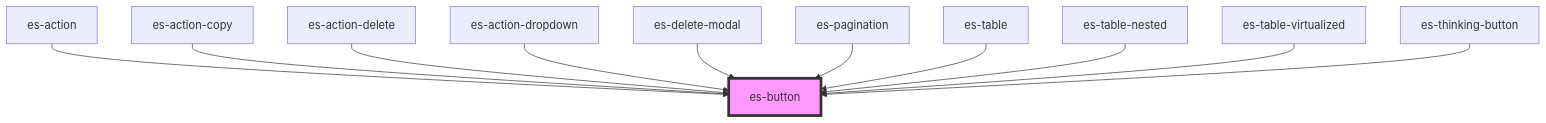
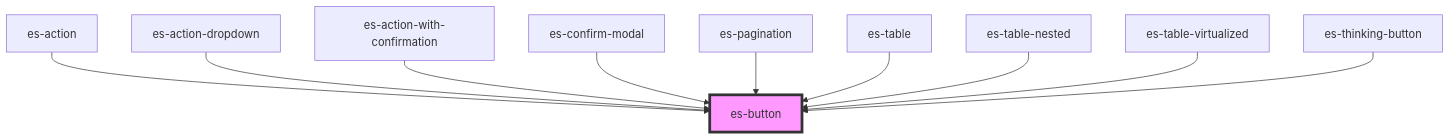
One commit to EventStore/Design-System changed the diagram in packages/components/src/components/buttons/es-button/readme.md. Above: the diagram before and after it, drawn with Mermaid. The commit also changed other lines of this file and 30 other files, not shown here.

Commit message:
Rework `es-action-delete` to `es-action-with-confirmation` to be more generic - Rename / rework `es-delete-modal` to `es-confirm-modal` - Replace `es-action-delete` with `ActionDelete` - Replace `es-action-copy` with `ActionCopy` - Update usage and demos

````diff
--- a/packages/components/src/components/buttons/es-button/readme.md
+++ b/packages/components/src/components/buttons/es-button/readme.md
@@ -118,14 +117,13 @@
 ```mermaid
 graph TD;
   es-action --> es-button
-  es-action-copy --> es-button
-  es-action-delete --> es-button
   es-action-dropdown --> es-button
-  es-delete-modal --> es-button
+  es-action-with-confirmation --> es-button
+  es-confirm-modal --> es-button
   es-pagination --> es-button
   es-table --> es-button
   es-table-nested --> es-button
   es-table-virtualized --> es-button
   es-thinking-button --> es-button
   style es-button fill:#f9f,stroke:#333,stroke-width:4px
 ```
````
